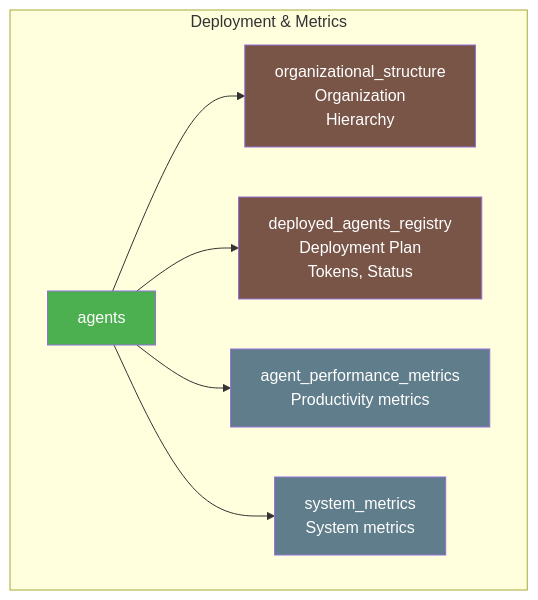
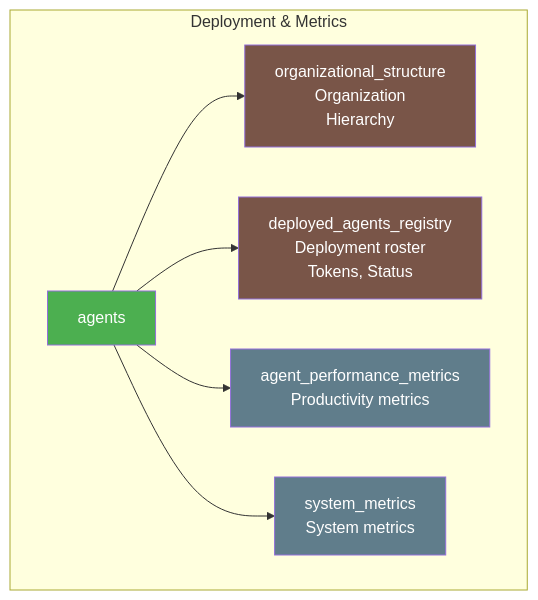
Before and after one commit to Maxi-online/hr-intelligence-platform: the seventh of 11 diagrams in components/office_services/central_database/DATABASE_DIAGRAM.md, drawn with Mermaid. The commit also changed other lines of this file and 11 other files, not shown here.

````diff
--- a/components/office_services/central_database/DATABASE_DIAGRAM.md
+++ b/components/office_services/central_database/DATABASE_DIAGRAM.md
@@ -452,21 +452,21 @@
 ```mermaid
 graph TB
     subgraph "Deployment & Metrics"
         A[agents]
         OS[organizational_structure<br/>Organization<br/>Hierarchy]
-        DR[deployed_agents_registry<br/> Deployment Plan<br/>Tokens, Status]
-        PM[agent_performance_metrics<br/> Productivity metrics]
-        SM[system_metrics<br/> System metrics]
+        DR[deployed_agents_registry<br/>Deployment roster<br/>Tokens, Status]
+        PM[agent_performance_metrics<br/>Productivity metrics]
+        SM[system_metrics<br/>System metrics]
         
         A --> OS
         A --> DR
         A --> PM
         A --> SM
     end
     
     style A fill:#4CAF50,color:#fff
     style OS fill:#795548,color:#fff
     style DR fill:#795548,color:#fff
     style PM fill:#607D8B,color:#fff
     style SM fill:#607D8B,color:#fff
 ```
````
